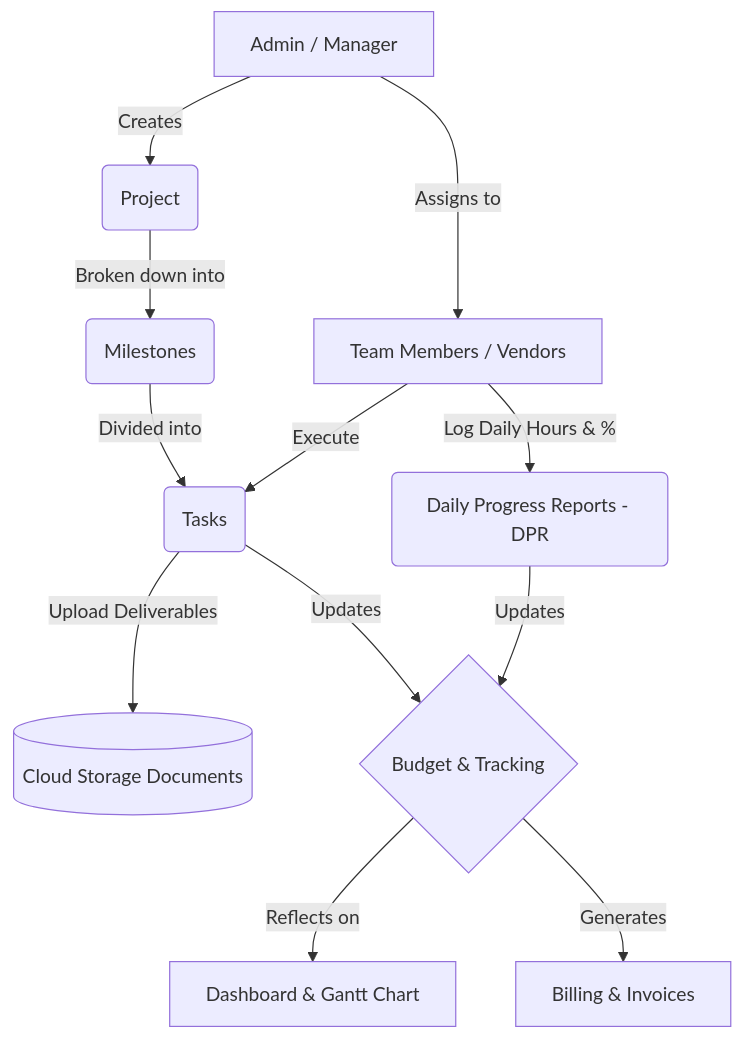
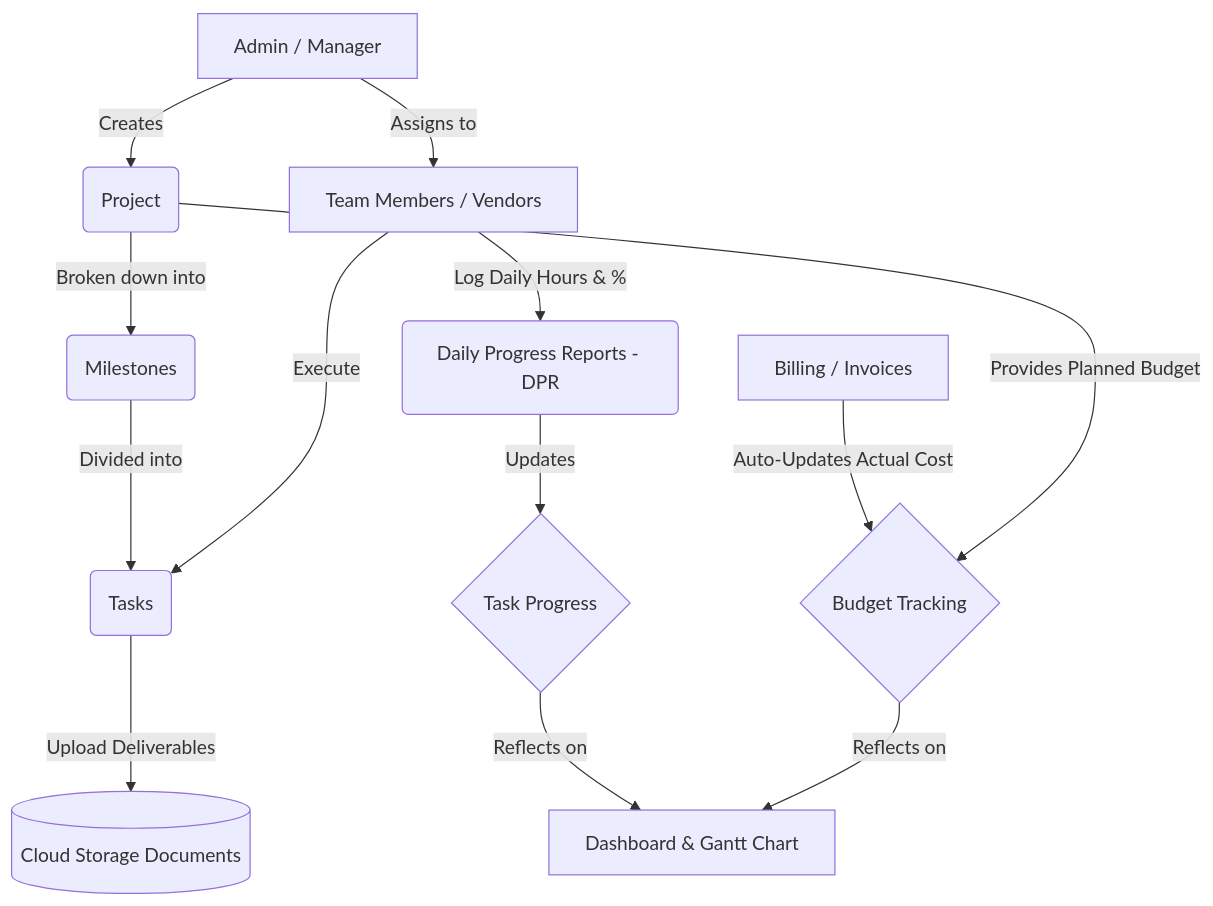
Before and after one commit to KRISH-exe-29/PMS: the diagram in system_workflow.md, drawn with Mermaid. The commit also changed other lines of this file and 26 other files, not shown here.

````diff
--- a/system_workflow.md
+++ b/system_workflow.md
@@ -7,18 +7,20 @@
 ```mermaid
 graph TD
     A[Admin / Manager] -->|Creates| B(Project)
     B -->|Broken down into| C(Milestones)
     C -->|Divided into| D(Tasks)
     
     A -->|Assigns to| E[Team Members / Vendors]
     E -->|Execute| D
     
     D -->|Upload Deliverables| F[(Cloud Storage Documents)]
     E -->|Log Daily Hours & %| G(Daily Progress Reports - DPR)
     
-    G -->|Updates| H{Budget & Tracking}
-    D -->|Updates| H
+    G -->|Updates| H{Task Progress}
     
-    H -->|Reflects on| I[Dashboard & Gantt Chart]
-    H -->|Generates| J[Billing & Invoices]
+    I[Billing / Invoices] -->|Auto-Updates Actual Cost| J{Budget Tracking}
+    B -->|Provides Planned Budget| J
+    
+    H -->|Reflects on| K[Dashboard & Gantt Chart]
+    J -->|Reflects on| K
 ```
````
